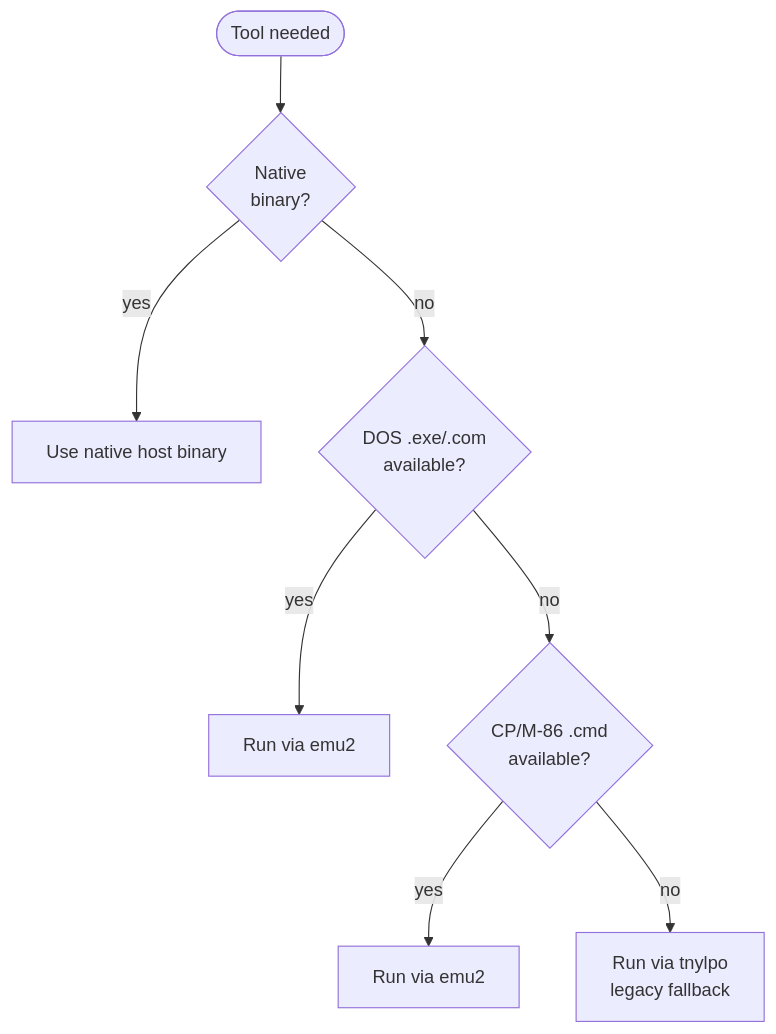
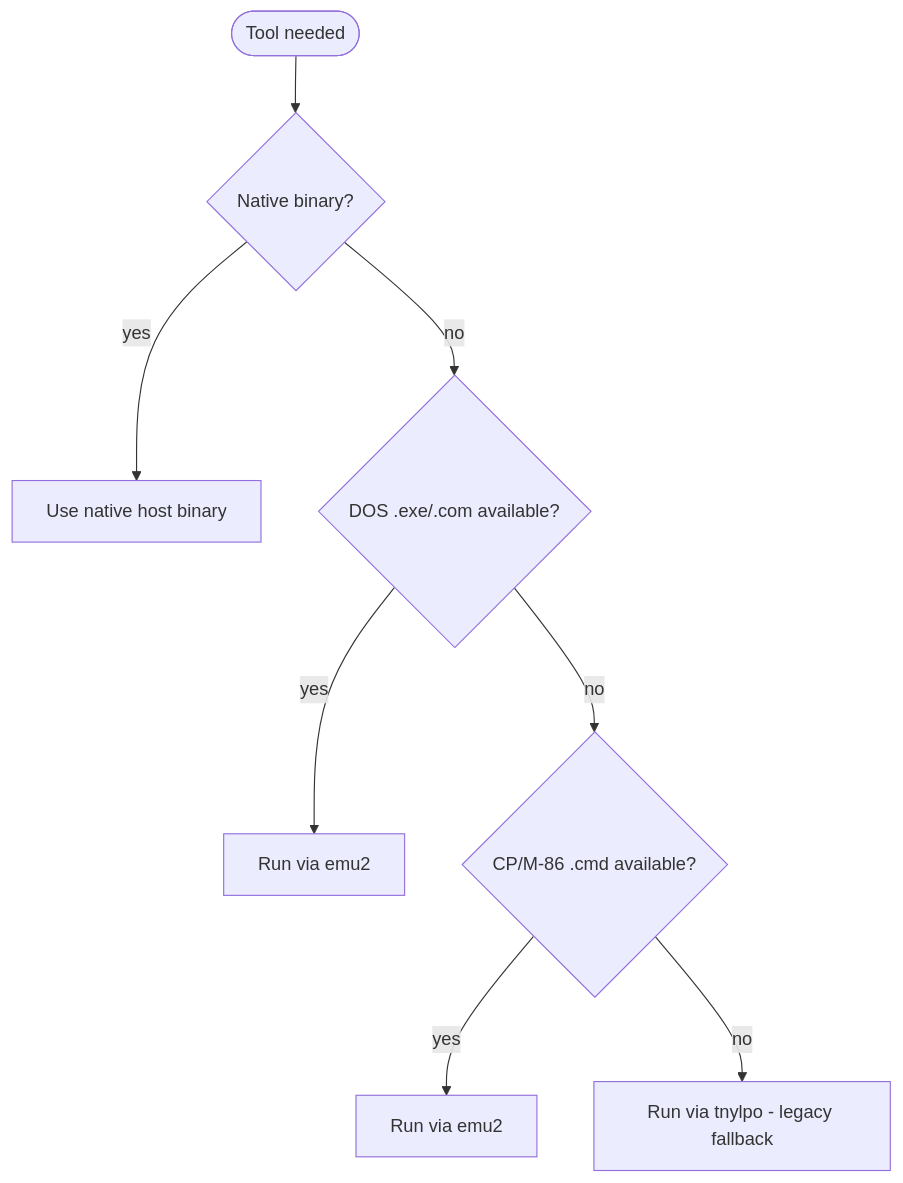
Before and after one commit to tsupplis/cpm86-crossdev: the diagram in README.md, drawn with Mermaid.

Commit message:
improve doc

````diff
--- a/README.md
+++ b/README.md
@@ -52,10 +52,10 @@
 ```mermaid
 flowchart TD
-    A([Tool needed]) --> B{Native\nbinary?}
+    A([Tool needed]) --> B{"Native binary?"}
     B -- yes --> N[Use native host binary]
-    B -- no  --> C{DOS .exe/.com\navailable?}
+    B -- no  --> C{"DOS .exe/.com available?"}
     C -- yes --> D[Run via emu2]
-    C -- no  --> E{CP/M-86 .cmd\navailable?}
+    C -- no  --> E{"CP/M-86 .cmd available?"}
     E -- yes --> F[Run via emu2]
-    E -- no  --> G[Run via tnylpo\nlegacy fallback]
+    E -- no  --> G[Run via tnylpo - legacy fallback]
 ```
````
